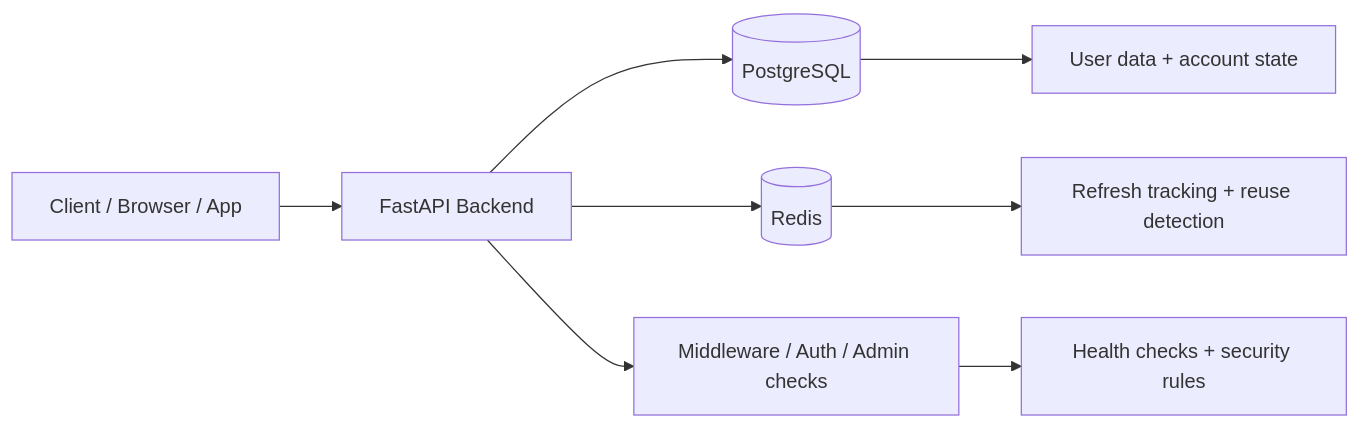
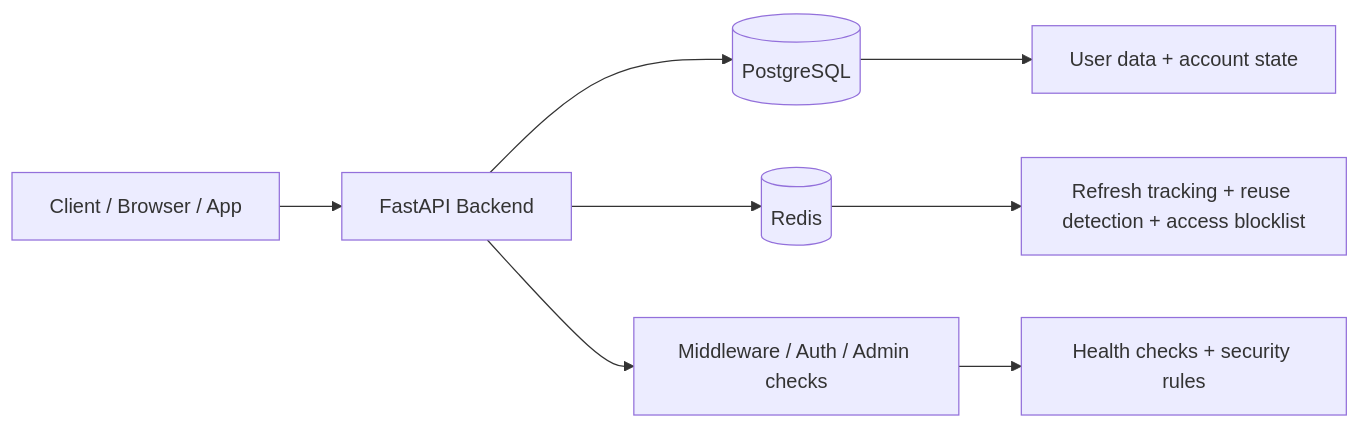
Before and after one commit to iot-Noob/API-Boiler-Plate: the first of 3 diagrams in README.md, drawn with Mermaid. The commit also changed other lines of this file and 7 other files, not shown here.

````diff
--- a/README.md
+++ b/README.md
@@ -42,10 +46,10 @@
 ```mermaid
 flowchart LR
     U[Client / Browser / App] --> A[FastAPI Backend]
     A --> D[(PostgreSQL)]
     A --> R[(Redis)]
     A --> M[Middleware / Auth / Admin checks]
     D --> P[User data + account state]
-    R --> S[Refresh tracking + reuse detection]
+    R --> S[Refresh tracking + reuse detection + access blocklist]
     M --> H[Health checks + security rules]
 ```
````
